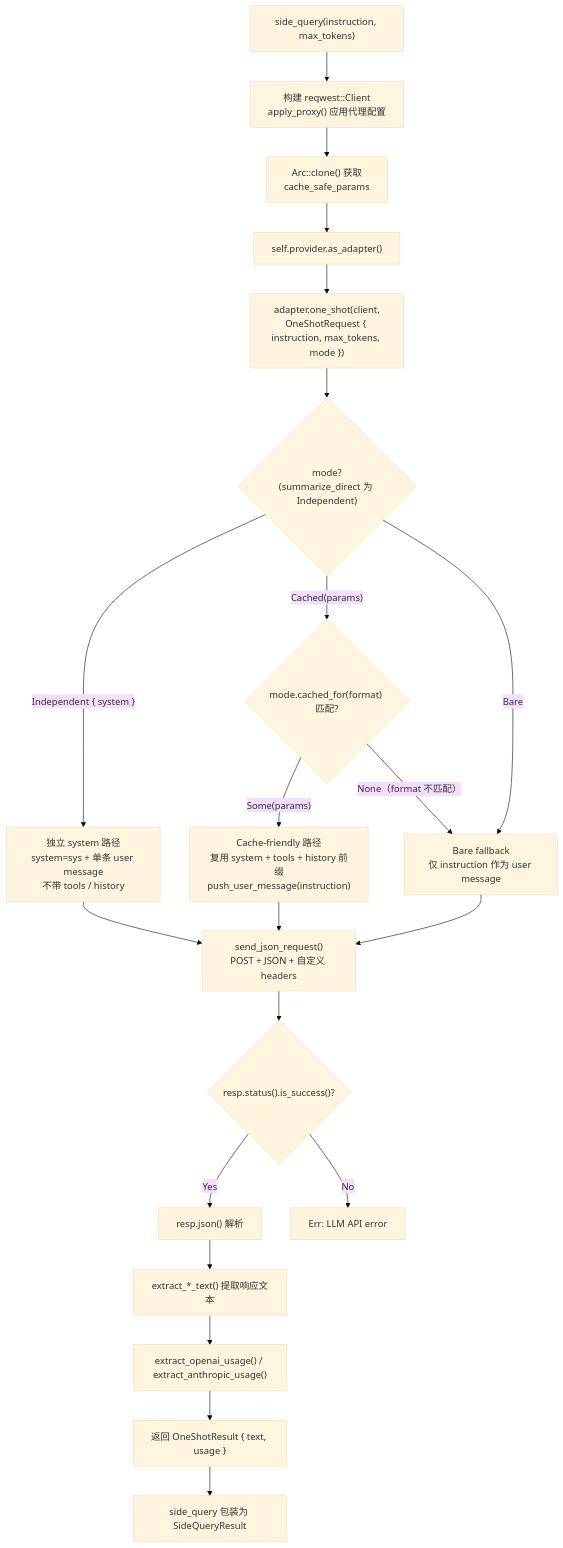
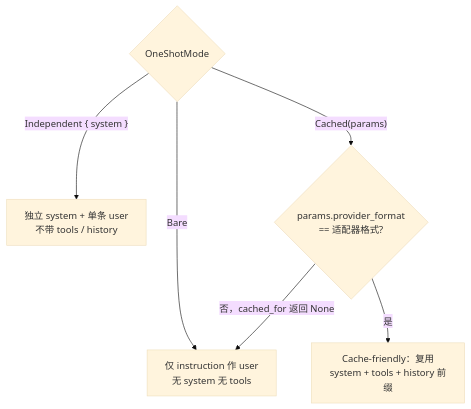
Before and after one commit to shiwenwen/hope-agent: the third of 4 diagrams in docs/architecture/side-query.md, drawn with Mermaid (base theme). The commit also changed other lines of this file and 5 other files, not shown here.

First line of the commit message:
🦭docs: 第一批 infra 文档按新标准重做（config-system/logging/backup-autosave/security/platform/side-query）

````diff
--- a/docs/architecture/side-query.md
+++ b/docs/architecture/side-query.md
@@ -54,27 +110,9 @@
 ```mermaid
 flowchart TD
-    A["side_query(instruction, max_tokens)"] --> B["构建 reqwest::Client<br/>apply_proxy() 应用代理配置"]
-    B --> C["Arc::clone() 获取<br/>cache_safe_params"]
-    C --> D["self.provider.as_adapter()"]
-    D --> E["adapter.one_shot(client,<br/>OneShotRequest { instruction, max_tokens, mode })"]
-
-    E --> F{"mode?<br/>(summarize_direct 为 Independent)"}
-    F -- "Independent { system }" --> G["独立 system 路径<br/>system=sys + 单条 user message<br/>不带 tools / history"]
-    F -- "Cached(params)" --> H{"mode.cached_for(format) 匹配?"}
-    F -- "Bare" --> J["Bare fallback<br/>仅 instruction 作为 user message"]
-
-    H -- "Some(params)" --> I["Cache-friendly 路径<br/>复用 system + tools + history 前缀<br/>push_user_message(instruction)"]
-    H -- "None（format 不匹配）" --> J
-
-    G --> K["send_json_request()<br/>POST + JSON + 自定义 headers"]
-    I --> K
-    J --> K
-    K --> L{"resp.status().is_success()?"}
-    L -- Yes --> M["resp.json() 解析"]
-    L -- No --> N["Err: LLM API error"]
-    M --> O["extract_*_text() 提取响应文本"]
-    O --> P["extract_openai_usage() / extract_anthropic_usage()"]
-    P --> Q["返回 OneShotResult { text, usage }"]
-    Q --> R["side_query 包装为 SideQueryResult"]
-
+    M{"OneShotMode"}
+    M -->|"Independent { system }"| I["独立 system + 单条 user<br/>不带 tools / history"]
+    M -->|"Bare"| B["仅 instruction 作 user<br/>无 system 无 tools"]
+    M -->|"Cached(params)"| C{"params.provider_format<br/>== 适配器格式?"}
+    C -->|"是"| CF["Cache-friendly：复用<br/>system + tools + history 前缀"]
+    C -->|"否，cached_for 返回 None"| B
 ```
````
